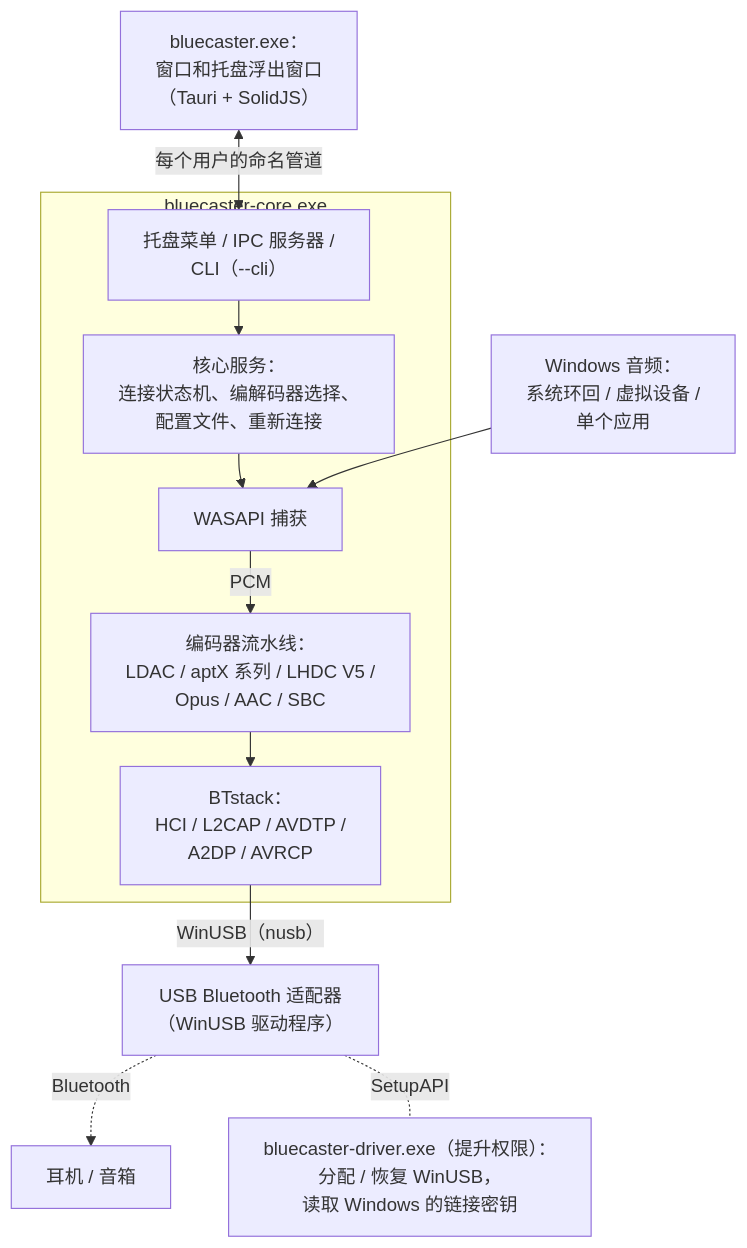
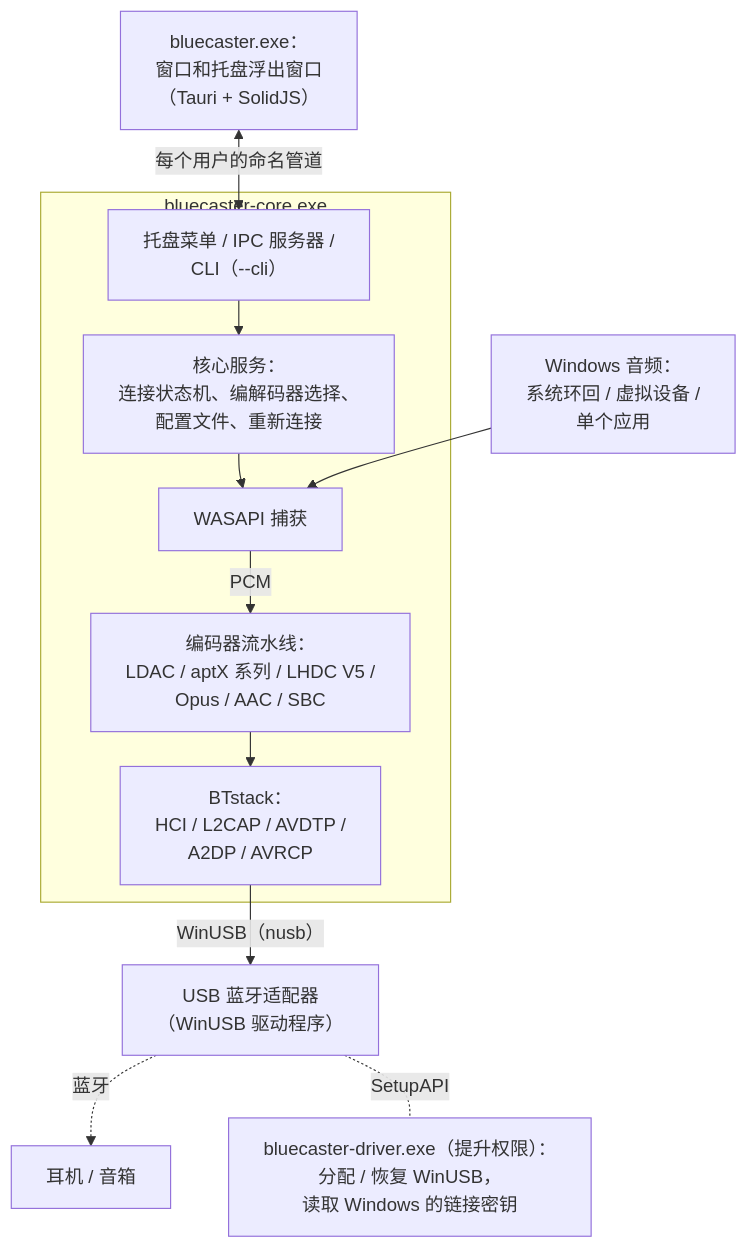
One commit to RxMaxx/A2DP-Windows-Bridge changed the first of 5 diagrams in docs/zh-CN/architecture.md. Above: the diagram before and after it, drawn with Mermaid. The commit also changed other lines of this file and 105 other files, not shown here.

````diff
--- a/docs/zh-CN/architecture.md
+++ b/docs/zh-CN/architecture.md
@@ -37,22 +37,22 @@
 ```mermaid
 ---
 config:
   flowchart:
     wrappingWidth: 480
     rankSpacing: 30
 ---
 flowchart TB
     ui["bluecaster.exe：<br>窗口和托盘浮出窗口<br>（Tauri + SolidJS）"]
     src["Windows 音频：<br>系统环回 / 虚拟设备 /<br>单个应用"]
     subgraph core["bluecaster-core.exe"]
         ctl["托盘菜单 / IPC 服务器 /<br>CLI（--cli）"] --> svc["核心服务：<br>连接状态机、编解码器选择、<br>配置文件、重新连接"]
         svc --> cap["WASAPI 捕获"]
         cap -- PCM --> enc["编码器流水线：<br>LDAC / aptX 系列 / LHDC V5 /<br>Opus / AAC / SBC"]
         enc --> bt["BTstack：<br>HCI / L2CAP / AVDTP /<br>A2DP / AVRCP"]
     end
     ui <-->|"每个用户的命名管道"| ctl
     src --> cap
-    bt -->|"WinUSB（nusb）"| usb["USB Bluetooth 适配器<br>（WinUSB 驱动程序）"]
-    usb -. Bluetooth .-> hp["耳机 / 音箱"]
+    bt -->|"WinUSB（nusb）"| usb["USB 蓝牙适配器<br>（WinUSB 驱动程序）"]
+    usb -. 蓝牙 .-> hp["耳机 / 音箱"]
     usb -.-|SetupAPI| drv["bluecaster-driver.exe（提升权限）：<br>分配 / 恢复 WinUSB，<br>读取 Windows 的链接密钥"]
 ```
````
